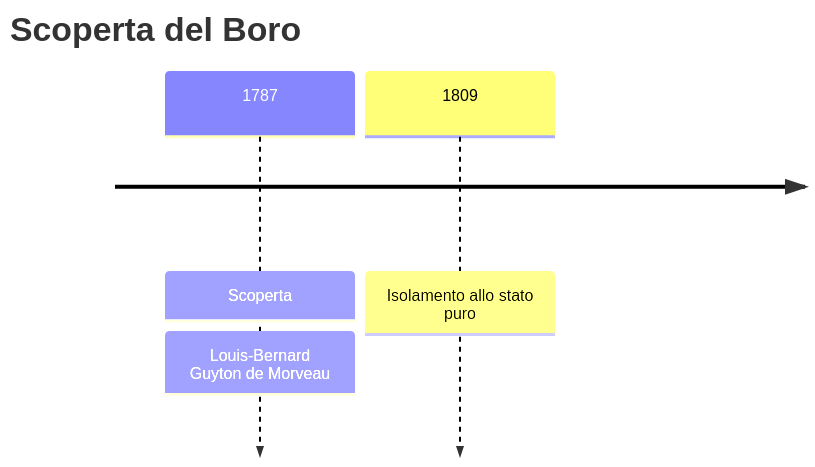
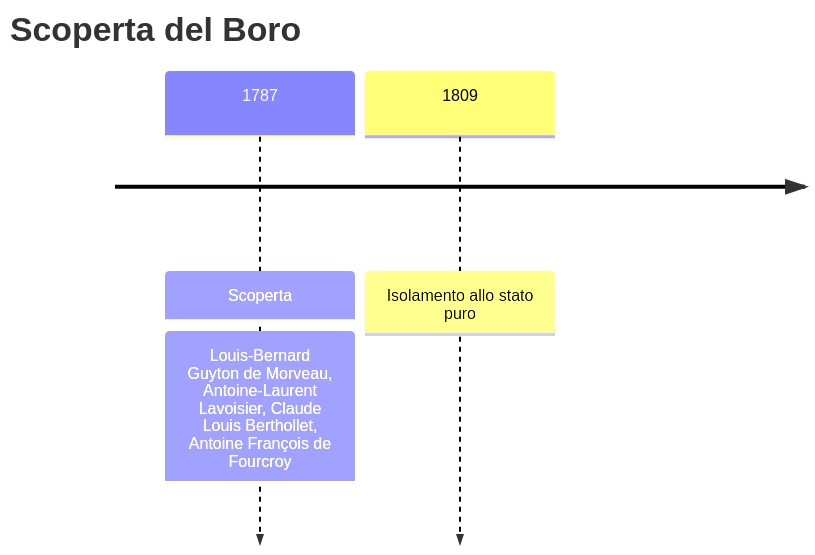
Before and after one commit to gianlucaciarcelluti/elements-caos: the first of 3 diagrams in vault/Elementi/Boro.md, drawn with Mermaid. The commit also changed other lines of this file and 15 other files, not shown here.

````diff
--- a/vault/Elementi/Boro.md
+++ b/vault/Elementi/Boro.md
@@ -28,6 +28,6 @@
 ```mermaid
 timeline
     title Scoperta del Boro
-    1787 : Scoperta : Louis-Bernard Guyton de Morveau
+    1787 : Scoperta : Louis-Bernard Guyton de Morveau, Antoine-Laurent Lavoisier, Claude Louis Berthollet, Antoine François de Fourcroy
     1809 : Isolamento allo stato puro
 ```
````
